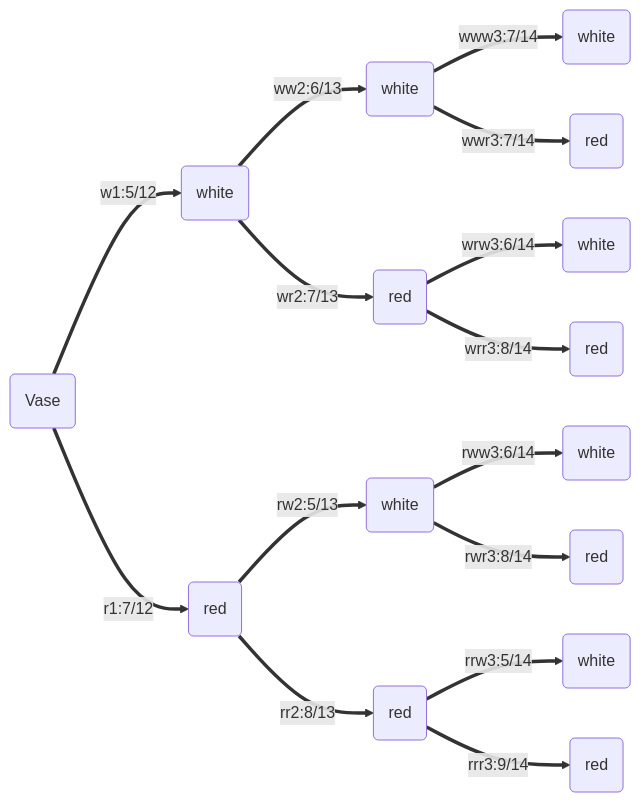
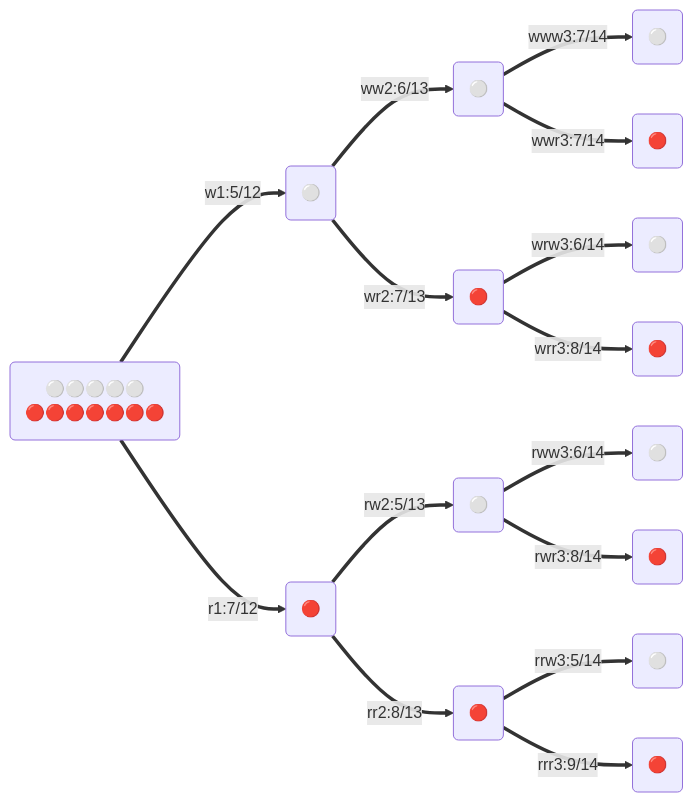
The diagram in exercises/afcp-ex3.40.qmd (math4mad/conditional-prob-exercise), drawn with Mermaid before and after one commit. The commit also changed other lines of this file and 6 other files, not shown here.

First line of the commit message:
ex3.40  [white,red] change to emoji [⚪️🔴]

````diff
--- a/exercises/afcp-ex3.40.qmd
+++ b/exercises/afcp-ex3.40.qmd
@@ -13,20 +13,20 @@
 ```{mermaid}
 flowchart LR
-    A(Vase)==w1:5/12==>B(white)
-    A(Vase)==r1:7/12==>C(red)
-    B(white)==ww2:6/13==>D(white)
-    B(white)==wr2:7/13==>F(red)
-    C(red)==rw2:5/13==>G(white)
-    C(red)==rr2:8/13==>H(red)
-    D(white)==www3:7/14==>I(white)
-    D(white)==wwr3:7/14==>J(red)
-    F(red)==wrw3:6/14==>L(white)
-    F(red)==wrr3:8/14==>M(red)
+    A("⚪️⚪️⚪️⚪️⚪️\n🔴🔴🔴🔴🔴🔴🔴")==w1:5/12==>B("⚪️")
+    A("⚪️⚪️⚪️⚪️⚪️\n🔴🔴🔴🔴🔴🔴🔴")==r1:7/12==>C("🔴")
+    B("⚪️")==ww2:6/13==>D("⚪️")
+    B("⚪️")==wr2:7/13==>F("🔴")
+    C("🔴")==rw2:5/13==>G("⚪️")
+    C("🔴")==rr2:8/13==>H("🔴")
+    D("⚪️")==www3:7/14==>I("⚪️")
+    D("⚪️")==wwr3:7/14==>J("🔴")
+    F("🔴")==wrw3:6/14==>L("⚪️")
+    F("🔴")==wrr3:8/14==>M("🔴")
 
-    G(white)==rww3:6/14==>N(white)
-    G(white)==rwr3:8/14==>O(red)
+    G("⚪️")==rww3:6/14==>N("⚪️")
+    G("⚪️")==rwr3:8/14==>O("🔴")
 
-    H(red)==rrw3:5/14==>P(white)
-    H(red)==rrr3:9/14==>Q(red)
+    H("🔴")==rrw3:5/14==>P("⚪️")
+    H("🔴")==rrr3:9/14==>Q("🔴")
    
 ```
````
